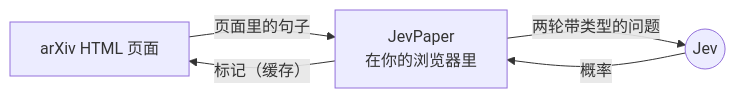
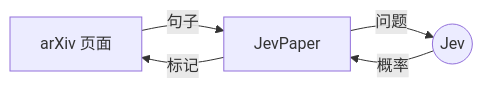
One commit to SRjoeee/jev-paper changed the diagram in README.zh-CN.md. Above: the diagram before and after it, drawn with Mermaid. The commit also changed other lines of this file and 2 other files, not shown here.

Commit message:
Version the demo GIF's name and shorten the diagram's labels

````diff
--- a/README.zh-CN.md
+++ b/README.zh-CN.md
@@ -109,7 +109,7 @@
 ```mermaid
 flowchart LR
-    P["arXiv HTML 页面"] -->|"页面里的句子"| X["JevPaper<br/>在你的浏览器里"]
-    X -->|"两轮带类型的问题"| J(("Jev"))
+    P["arXiv 页面"] -->|"句子"| X["JevPaper"]
+    X -->|"问题"| J(("Jev"))
     J -->|"概率"| X
-    X -->|"标记（缓存）"| P
+    X -->|"标记"| P
 ```
````
